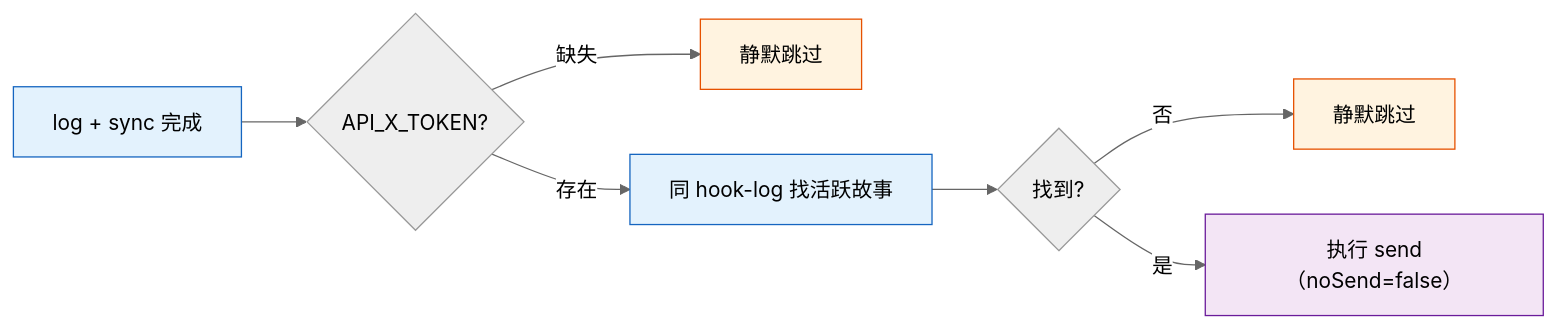
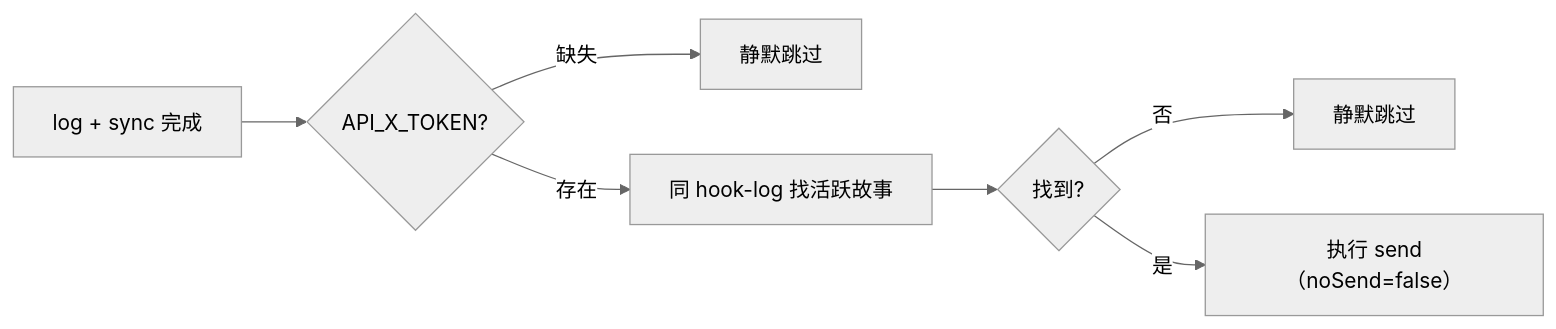
Before and after one commit to effiy/YrY: the ninth of 11 diagrams in skills/rui-bot/SKILL.md, drawn with Mermaid (neutral theme). The commit also changed other lines of this file and 61 other files, not shown here.

````diff
--- a/skills/rui-bot/SKILL.md
+++ b/skills/rui-bot/SKILL.md
@@ -314,14 +288,10 @@
 ```mermaid
 flowchart LR
     PIPE["log + sync 完成"]:::s --> CHK1{"API_X_TOKEN?"}
     CHK1 -->|"缺失"| SKIP1["静默跳过"]:::warn
     CHK1 -->|"存在"| SCAN["同 hook-log 找活跃故事"]:::op
     SCAN --> Q{"找到?"}
     Q -->|"否"| SKIP2["静默跳过"]:::warn
     Q -->|"是"| SEND["执行 send（noSend=false）"]:::out
 
-    classDef s fill:#e3f2fd,stroke:#1565c0;
-    classDef op fill:#e3f2fd,stroke:#1565c0;
-    classDef warn fill:#fff3e0,stroke:#e65100;
-    classDef out fill:#f3e5f5,stroke:#6a1b9a;
 ```
````
